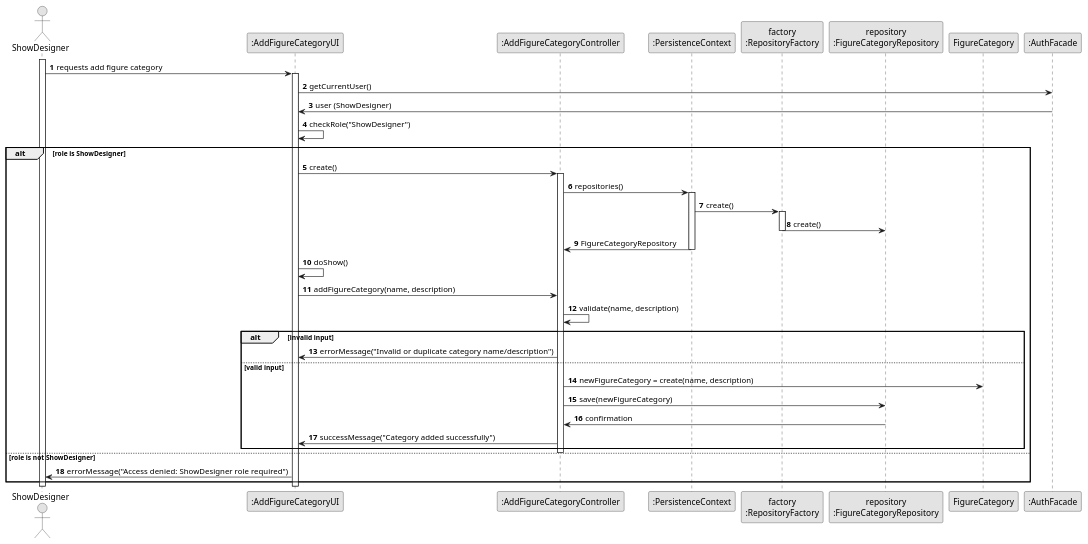
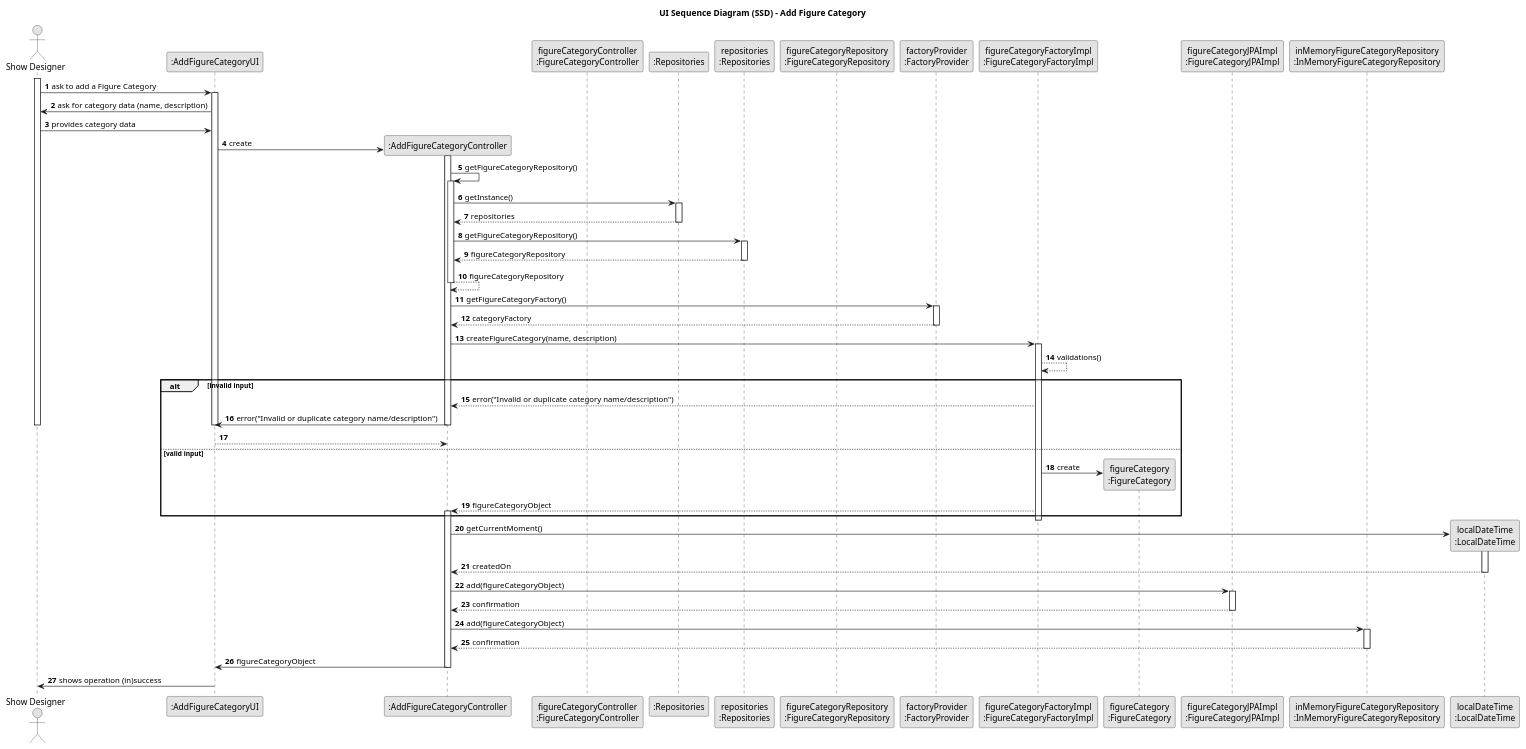
One commit to SAEmanuel/Shodrone_ISEP changed the diagram in docs/planning/sprint2/EAPLI/US245 - Add figure category/03.design/puml/us245-sequence-diagram-full.puml. Above: the diagram before and after it, drawn with PlantUML.

Commit message:
us245: add detailed sequence diagram (SSD) in PlantUML
Added a detailed PlantUML sequence diagram for US245 (Add Figure Category), following the UI and persistence interaction style used in the project.

Related to #1/#23/#29

```diff
--- a/docs/planning/sprint2/EAPLI/US245 - Add figure category/03.design/puml/us245-sequence-diagram-full.puml
+++ b/docs/planning/sprint2/EAPLI/US245 - Add figure category/03.design/puml/us245-sequence-diagram-full.puml
@@ -1,59 +1,108 @@
 @startuml
 skinparam monochrome true
 skinparam packageStyle rectangle
 skinparam shadowing false
 
+title UI Sequence Diagram (SSD) - Add Figure Category
+
 autonumber
 
-actor "ShowDesigner" as ACTOR
+actor "Show Designer" as showDesigner
 participant ":AddFigureCategoryUI" as UI
 participant ":AddFigureCategoryController" as CTRL
-participant ":PersistenceContext" as PC
-participant "factory\n:RepositoryFactory" as FACTORY_INSTANCE
-participant "repository\n:FigureCategoryRepository" as REPO
-participant "FigureCategory" as FigureCategory
-participant ":AuthFacade" as AuthFacade
+participant "figureCategoryController\n:FigureCategoryController" as catCtrl
+participant ":Repositories" as RepositorySingleton
+participant "repositories\n:Repositories" as PLAT
+participant "figureCategoryRepository\n:FigureCategoryRepository" as catRepo
 
-activate ACTOR
+participant "factoryProvider\n:FactoryProvider" as factProv
+participant "figureCategoryFactoryImpl\n:FigureCategoryFactoryImpl" as catFactImpl
+participant "figureCategory\n:FigureCategory" as figureCategory
+participant "figureCategoryJPAImpl\n:FigureCategoryJPAImpl" as catJPA
+participant "inMemoryFigureCategoryRepository\n:InMemoryFigureCategoryRepository" as catMem
 
-ACTOR -> UI : requests add figure category
+participant "localDateTime\n:LocalDateTime" as localTime
 
-activate UI
-UI -> AuthFacade: getCurrentUser()
-AuthFacade -> UI: user (ShowDesigner)
-UI -> UI: checkRole("ShowDesigner")
-alt role is ShowDesigner
-    UI -> CTRL : create()
+activate showDesigner
+
+    showDesigner -> UI : ask to add a Figure Category
+    activate UI
+
+    UI -> showDesigner : ask for category data (name, description)
+    showDesigner -> UI : provides category data
+
+    UI -> CTRL** : create
 
     activate CTRL
-    CTRL -> PC: repositories()
-    activate PC
-    PC -> FACTORY_INSTANCE: create()
-    activate FACTORY_INSTANCE
-    FACTORY_INSTANCE -> REPO: create()
-    deactivate FACTORY_INSTANCE
-    PC -> CTRL: FigureCategoryRepository
-    deactivate PC
 
-    UI -> UI: doShow()
+        CTRL -> CTRL : getFigureCategoryRepository()
+        activate CTRL
 
-    UI -> CTRL: addFigureCategory(name, description)
-    CTRL -> CTRL: validate(name, description)
-    alt invalid input
-        CTRL -> UI: errorMessage("Invalid or duplicate category name/description")
-    else valid input
-        CTRL -> FigureCategory: newFigureCategory = create(name, description)
-        CTRL -> REPO: save(newFigureCategory)
-        REPO -> CTRL: confirmation
-        CTRL -> UI: successMessage("Category added successfully")
-    end
+            CTRL -> RepositorySingleton : getInstance()
+            activate RepositorySingleton
 
+                RepositorySingleton --> CTRL: repositories
+            deactivate RepositorySingleton
+
+            CTRL -> PLAT : getFigureCategoryRepository()
+            activate PLAT
+
+                PLAT --> CTRL: figureCategoryRepository
+            deactivate PLAT
+            CTRL --> CTRL : figureCategoryRepository
+
+        deactivate CTRL
+
+        CTRL -> factProv : getFigureCategoryFactory()
+        activate factProv
+
+            factProv --> CTRL : categoryFactory
+        deactivate factProv
+
+        CTRL -> catFactImpl : createFigureCategory(name, description)
+        activate catFactImpl
+            catFactImpl --> catFactImpl : validations()
+            alt invalid input
+                catFactImpl --> CTRL : error("Invalid or duplicate category name/description")
+                CTRL -> UI : error("Invalid or duplicate category name/description")
+                deactivate CTRL
+                deactivate UI
+                deactivate showDesigner
+                return
+            else valid input
+                catFactImpl -> figureCategory**: create
+
+                catFactImpl --> CTRL : figureCategoryObject
+                activate CTRL
+
+            end
+        deactivate catFactImpl
+
+        CTRL -> localTime** : getCurrentMoment()
+        activate localTime
+
+            localTime --> CTRL : createdOn
+        deactivate localTime
+
+        CTRL -> catJPA : add(figureCategoryObject)
+        deactivate catFactImpl
+        activate catJPA
+
+            catJPA --> CTRL : confirmation
+        deactivate catJPA
+
+        CTRL -> catMem : add(figureCategoryObject)
+        activate catMem
+
+            catMem --> CTRL : confirmation
+        deactivate catMem
+
+        CTRL -> UI : figureCategoryObject
     deactivate CTRL
-else role is not ShowDesigner
-    UI -> ACTOR: errorMessage("Access denied: ShowDesigner role required")
-end
+
+    UI -> showDesigner : shows operation (in)success
 
 deactivate UI
-deactivate ACTOR
+deactivate showDesigner
 
 @enduml
```
